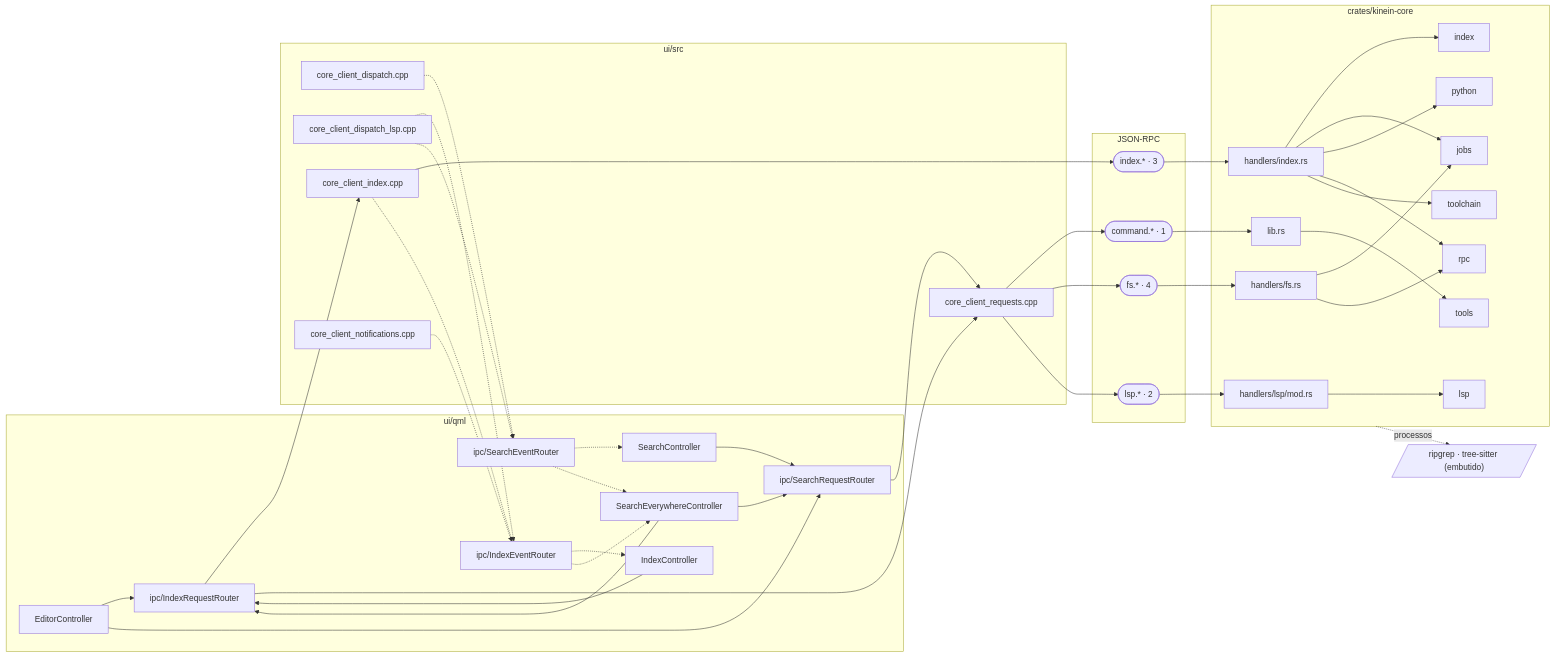
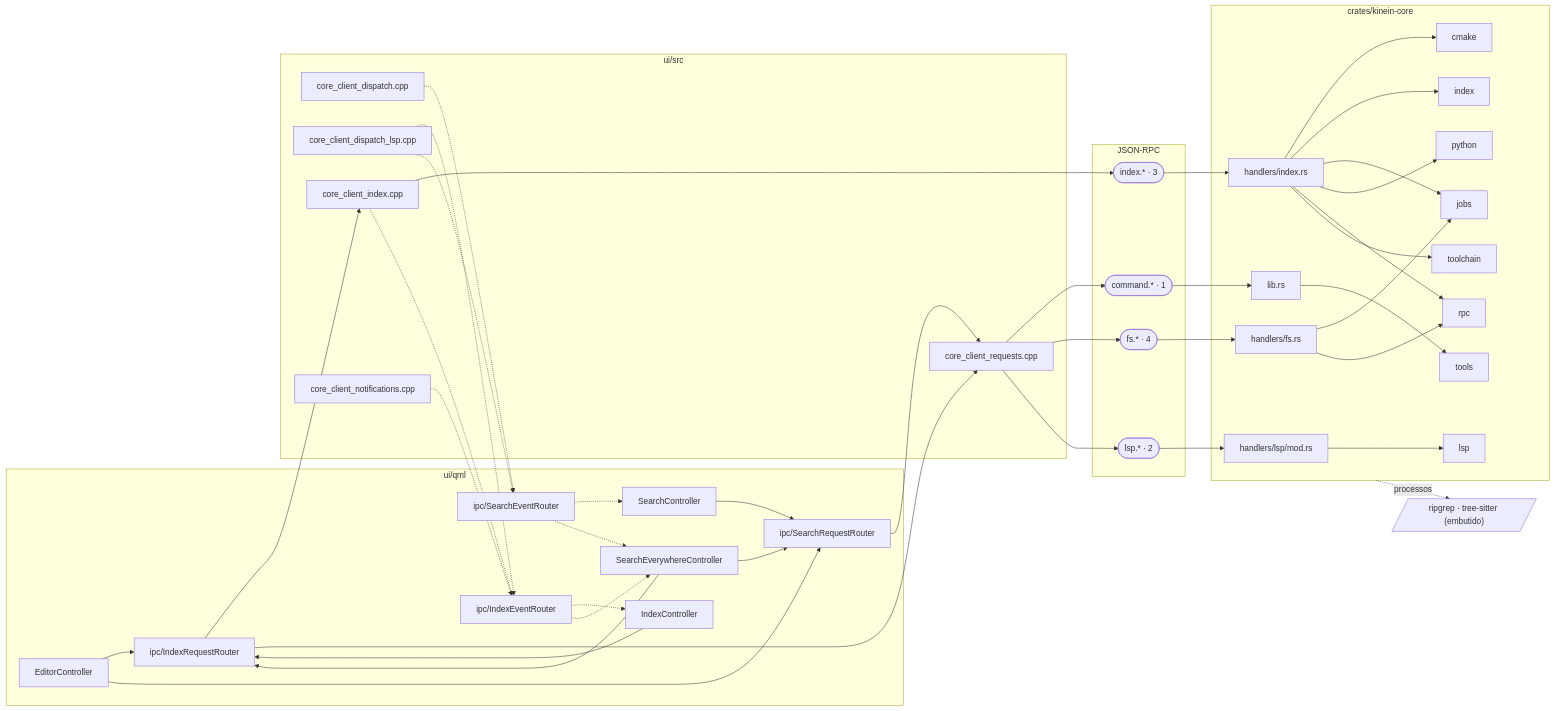
The sixth of 16 diagrams in DocsPublic/arquitetura/01-mapa-de-modulos.md (ViktorWalde/KineinVectis), drawn with Mermaid before and after one commit. The commit also changed 18 other files, not shown here.

````diff
--- a/DocsPublic/arquitetura/01-mapa-de-modulos.md
+++ b/DocsPublic/arquitetura/01-mapa-de-modulos.md
@@ -553,76 +553,78 @@
 ```mermaid
 flowchart LR
   subgraph QML["ui/qml"]
     n_ui_qml_editor_EditorController_qml["EditorController"]
     n_ui_qml_index_IndexController_qml["IndexController"]
     n_ui_qml_search_SearchController_qml["SearchController"]
     n_ui_qml_search_SearchEverywhereController_qml["SearchEverywhereController"]
     n_ui_qml_ipc_SearchRequestRouter_qml["ipc/SearchRequestRouter"]
     n_ui_qml_ipc_SearchEventRouter_qml["ipc/SearchEventRouter"]
     n_ui_qml_ipc_IndexRequestRouter_qml["ipc/IndexRequestRouter"]
     n_ui_qml_ipc_IndexEventRouter_qml["ipc/IndexEventRouter"]
   end
   subgraph CPP["ui/src"]
     n_ui_src_core_client_dispatch_cpp["core_client_dispatch.cpp"]
     n_ui_src_core_client_dispatch_lsp_cpp["core_client_dispatch_lsp.cpp"]
     n_ui_src_core_client_index_cpp["core_client_index.cpp"]
     n_ui_src_core_client_notifications_cpp["core_client_notifications.cpp"]
     n_ui_src_core_client_requests_cpp["core_client_requests.cpp"]
   end
   subgraph IPC["JSON-RPC"]
     n_ipc_command(["command.* · 1"])
     n_ipc_fs(["fs.* · 4"])
     n_ipc_index(["index.* · 3"])
     n_ipc_lsp(["lsp.* · 2"])
   end
   subgraph CORE["crates/kinein-core"]
     n_crates_kinein_core_src_handlers_fs_rs["handlers/fs.rs"]
     n_crates_kinein_core_src_handlers_index_rs["handlers/index.rs"]
     n_crates_kinein_core_src_handlers_lsp_mod_rs["handlers/lsp/mod.rs"]
     n_crates_kinein_core_src_lib_rs["lib.rs"]
+    n_core_cmake[cmake]
     n_core_index[index]
     n_core_jobs[jobs]
     n_core_lsp[lsp]
     n_core_python[python]
     n_core_rpc[rpc]
     n_core_toolchain[toolchain]
     n_core_tools[tools]
   end
   n_tools_search[/"ripgrep · tree-sitter (embutido)"/]
   n_ui_qml_editor_EditorController_qml --> n_ui_qml_ipc_IndexRequestRouter_qml
   n_ui_qml_editor_EditorController_qml --> n_ui_qml_ipc_SearchRequestRouter_qml
   n_ui_qml_index_IndexController_qml --> n_ui_qml_ipc_IndexRequestRouter_qml
   n_ui_qml_ipc_IndexEventRouter_qml -.-> n_ui_qml_index_IndexController_qml
   n_ui_qml_ipc_IndexEventRouter_qml -.-> n_ui_qml_search_SearchEverywhereController_qml
   n_ui_qml_ipc_IndexRequestRouter_qml --> n_ui_src_core_client_index_cpp
   n_ui_qml_ipc_IndexRequestRouter_qml --> n_ui_src_core_client_requests_cpp
   n_ui_qml_ipc_SearchEventRouter_qml -.-> n_ui_qml_search_SearchController_qml
   n_ui_qml_ipc_SearchEventRouter_qml -.-> n_ui_qml_search_SearchEverywhereController_qml
   n_ui_qml_ipc_SearchRequestRouter_qml --> n_ui_src_core_client_requests_cpp
   n_ui_qml_search_SearchController_qml --> n_ui_qml_ipc_SearchRequestRouter_qml
   n_ui_qml_search_SearchEverywhereController_qml --> n_ui_qml_ipc_IndexRequestRouter_qml
   n_ui_qml_search_SearchEverywhereController_qml --> n_ui_qml_ipc_SearchRequestRouter_qml
   n_ui_src_core_client_dispatch_cpp -.-> n_ui_qml_ipc_SearchEventRouter_qml
   n_ui_src_core_client_dispatch_lsp_cpp -.-> n_ui_qml_ipc_IndexEventRouter_qml
   n_ui_src_core_client_dispatch_lsp_cpp -.-> n_ui_qml_ipc_SearchEventRouter_qml
   n_ui_src_core_client_index_cpp --> n_ipc_index
   n_ui_src_core_client_index_cpp -.-> n_ui_qml_ipc_IndexEventRouter_qml
   n_ui_src_core_client_notifications_cpp -.-> n_ui_qml_ipc_IndexEventRouter_qml
   n_ui_src_core_client_requests_cpp --> n_ipc_command
   n_ui_src_core_client_requests_cpp --> n_ipc_fs
   n_ui_src_core_client_requests_cpp --> n_ipc_lsp
   n_ipc_fs --> n_crates_kinein_core_src_handlers_fs_rs
   n_crates_kinein_core_src_handlers_fs_rs --> n_core_jobs
   n_crates_kinein_core_src_handlers_fs_rs --> n_core_rpc
   n_ipc_index --> n_crates_kinein_core_src_handlers_index_rs
+  n_crates_kinein_core_src_handlers_index_rs --> n_core_cmake
   n_crates_kinein_core_src_handlers_index_rs --> n_core_index
   n_crates_kinein_core_src_handlers_index_rs --> n_core_jobs
   n_crates_kinein_core_src_handlers_index_rs --> n_core_python
   n_crates_kinein_core_src_handlers_index_rs --> n_core_rpc
   n_crates_kinein_core_src_handlers_index_rs --> n_core_toolchain
   n_ipc_lsp --> n_crates_kinein_core_src_handlers_lsp_mod_rs
   n_crates_kinein_core_src_handlers_lsp_mod_rs --> n_core_lsp
   n_ipc_command --> n_crates_kinein_core_src_lib_rs
   n_crates_kinein_core_src_lib_rs --> n_core_tools
   CORE -.->|processos| n_tools_search
 ```
````
